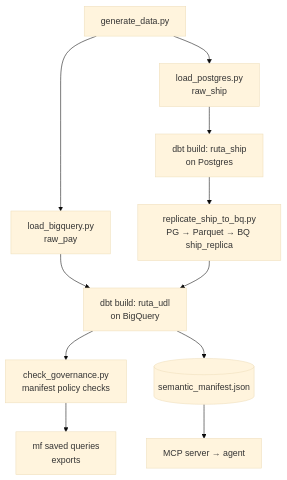
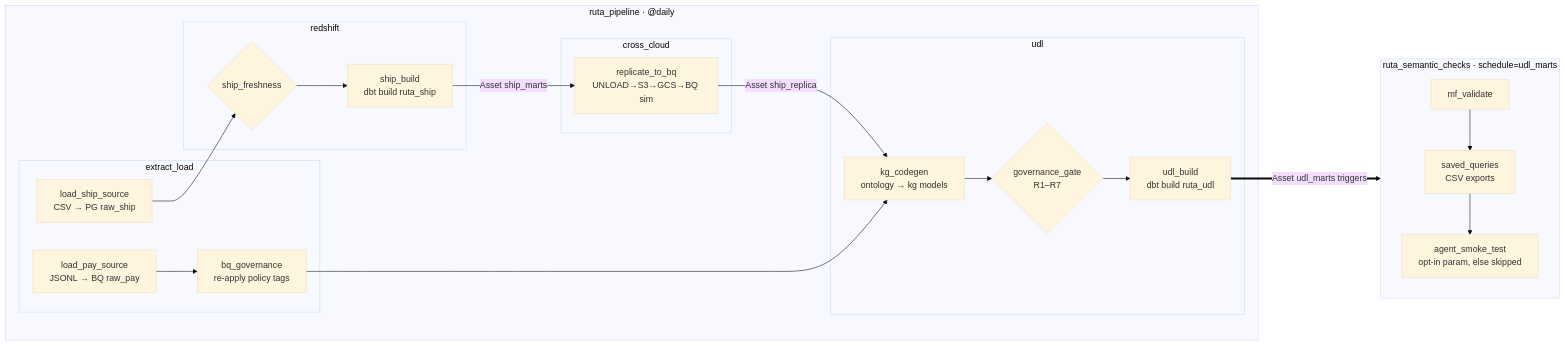
One commit to nachhh/rutagroup changed the diagram in docs/diagrams/pipeline-flow.md. Above: the diagram before and after it, drawn with Mermaid (base theme). The commit also changed other lines of this file and 8 other files, not shown here.

Commit message:
Phase 7: Airflow 3 DAGs (pipeline + asset-triggered semantic checks) with quality gates, BQ/Redshift patterns doc, generated end-to-end lineage

````diff
--- a/docs/diagrams/pipeline-flow.md
+++ b/docs/diagrams/pipeline-flow.md
@@ -3,13 +7,26 @@
 ```mermaid
-flowchart TD
-  A[generate_data.py] --> B[load_postgres.py<br/>raw_ship]
-  A --> C[load_bigquery.py<br/>raw_pay]
-  B --> D[dbt build: ruta_ship<br/>on Postgres]
-  D --> E[replicate_ship_to_bq.py<br/>PG → Parquet → BQ ship_replica]
-  C --> F[dbt build: ruta_udl<br/>on BigQuery]
-  E --> F
-  F --> G[check_governance.py<br/>manifest policy checks]
-  G --> H[mf saved queries<br/>exports]
-  F --> I[(semantic_manifest.json)]
-  I --> J[MCP server → agent]
+flowchart LR
+  subgraph P[ruta_pipeline · @daily]
+    subgraph EL[extract_load]
+      LS[load_ship_source<br/>CSV → PG raw_ship]
+      LP[load_pay_source<br/>JSONL → BQ raw_pay] --> BG[bq_governance<br/>re-apply policy tags]
+    end
+    subgraph RS[redshift]
+      F{ship_freshness} --> SB[ship_build<br/>dbt build ruta_ship]
+    end
+    subgraph CC[cross_cloud]
+      R[replicate_to_bq<br/>UNLOAD→S3→GCS→BQ sim]
+    end
+    subgraph U[udl]
+      K[kg_codegen<br/>ontology → kg models] --> G{governance_gate<br/>R1–R7} --> UB[udl_build<br/>dbt build ruta_udl]
+    end
+    LS --> F
+    SB -->|Asset ship_marts| R
+    R -->|Asset ship_replica| K
+    BG --> K
+  end
+  UB ==>|Asset udl_marts triggers| S
+  subgraph S[ruta_semantic_checks · schedule=udl_marts]
+    MV[mf_validate] --> SQ[saved_queries<br/>CSV exports] --> AG[agent_smoke_test<br/>opt-in param, else skipped]
+  end
 ```
````
